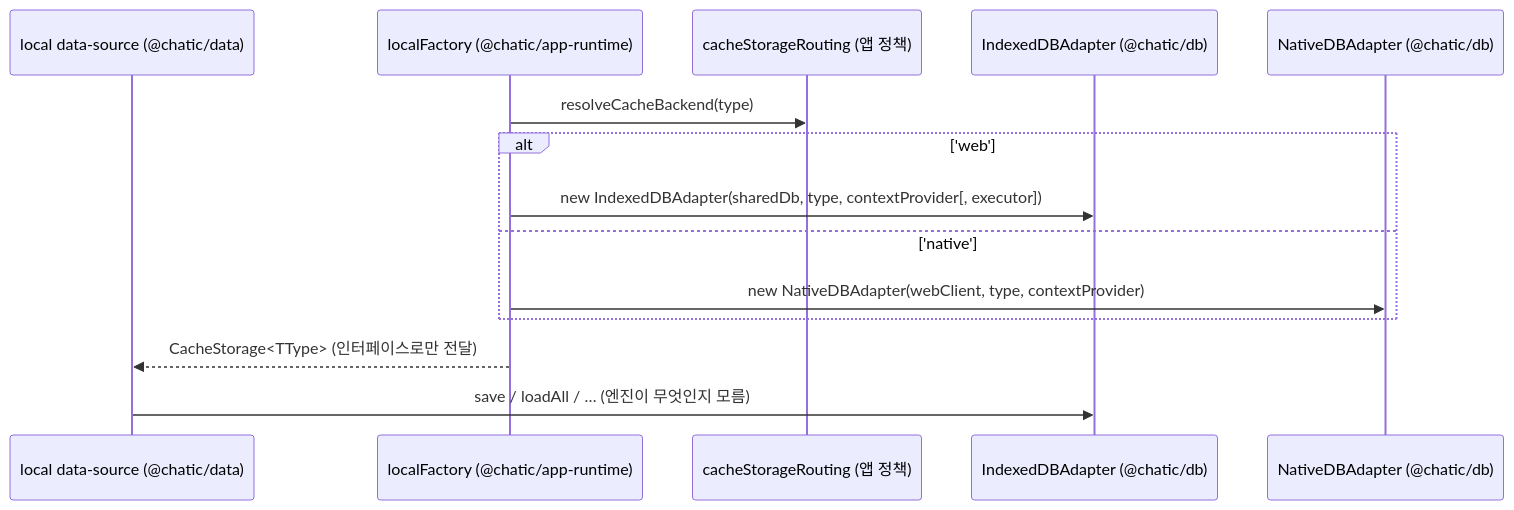
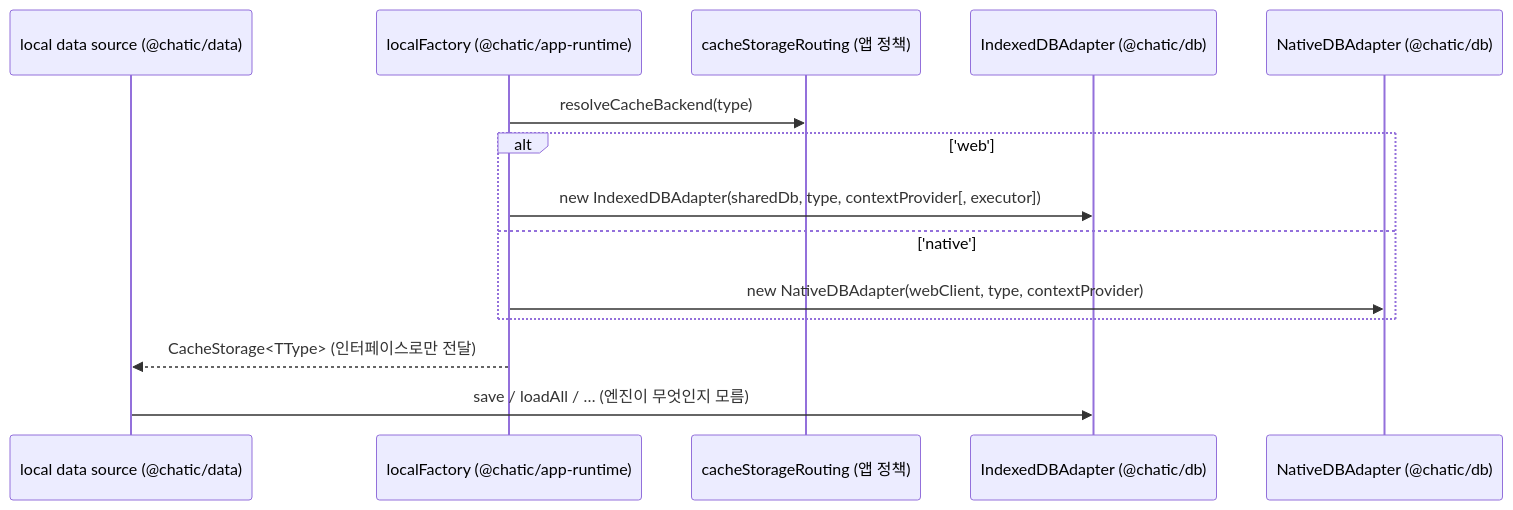
One commit to lemoncloud-io/dou-app changed the second of 2 diagrams in libs/db/docs/architecture.md. Above: the diagram before and after it, drawn with Mermaid. The commit also changed other lines of this file and 1 other file, not shown here.

````diff
--- a/libs/db/docs/architecture.md
+++ b/libs/db/docs/architecture.md
@@ -129,17 +99,17 @@
 ```mermaid
 sequenceDiagram
-    participant DS as local data-source (@chatic/data)
+    participant DS as local data source (@chatic/data)
     participant LF as localFactory (@chatic/app-runtime)
     participant RT as cacheStorageRouting (앱 정책)
     participant W as IndexedDBAdapter (@chatic/db)
     participant N as NativeDBAdapter (@chatic/db)
 
     LF->>RT: resolveCacheBackend(type)
     alt 'web'
     LF->>W: new IndexedDBAdapter(sharedDb, type, contextProvider[, executor])
     else 'native'
     LF->>N: new NativeDBAdapter(webClient, type, contextProvider)
     end
     LF-->>DS: CacheStorage<TType> (인터페이스로만 전달)
     DS->>W: save / loadAll / … (엔진이 무엇인지 모름)
 ```
````
